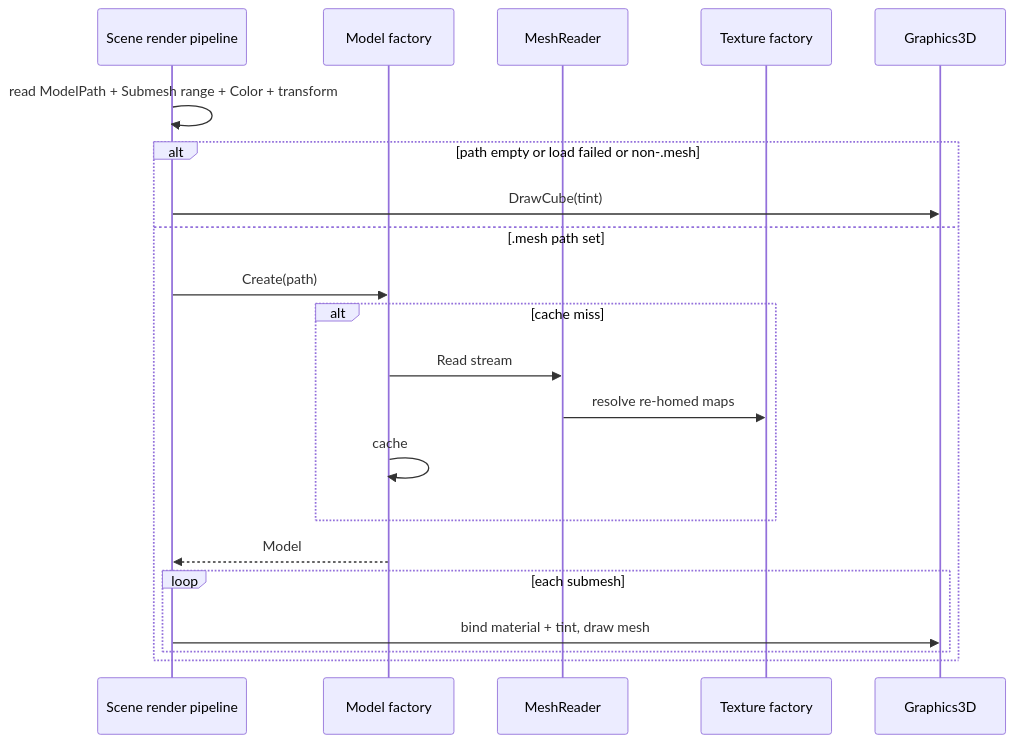
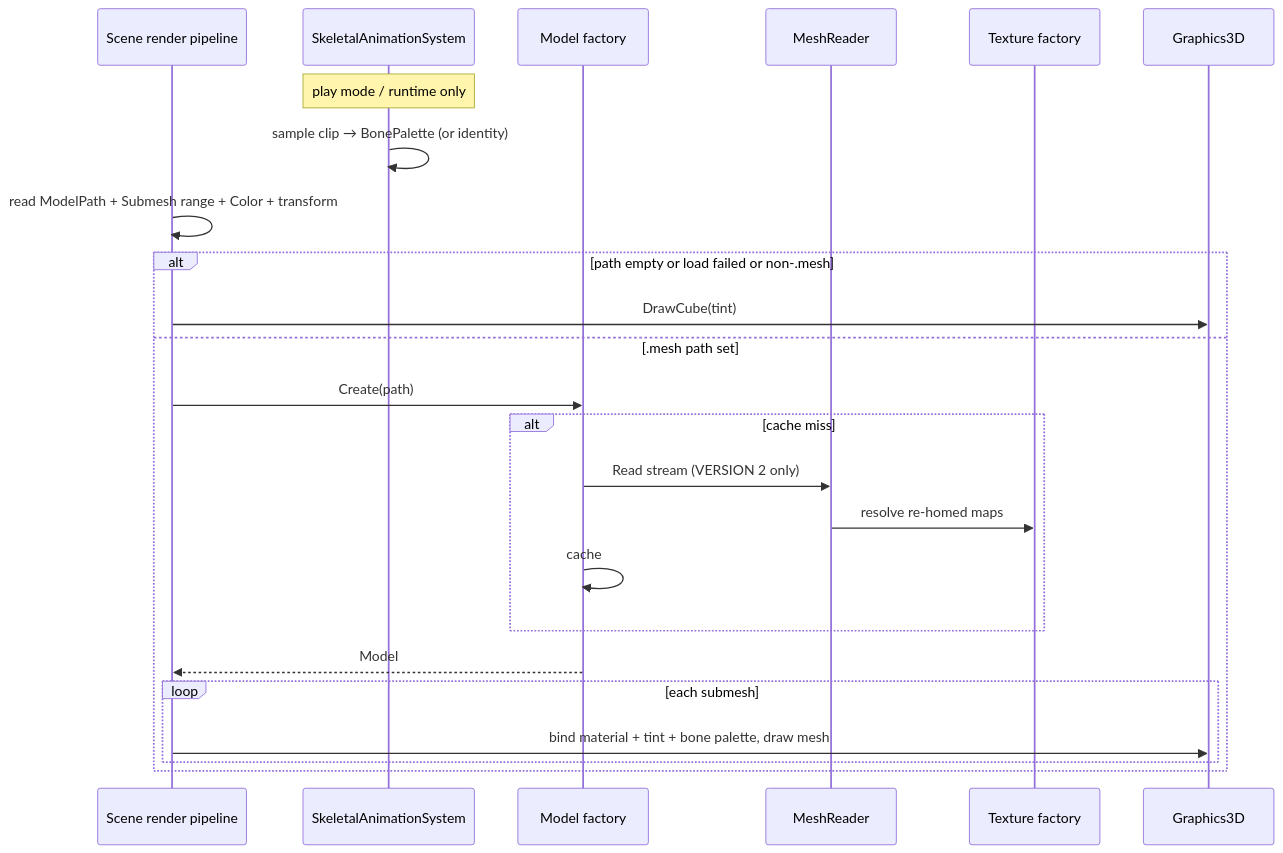
The second of 2 diagrams in docs/specs/3d-model-loading/developer-guide.md (kateusz/GameEngine), drawn with Mermaid before and after one commit. The commit also changed other lines of this file and 81 other files, not shown here.

````diff
--- a/docs/specs/3d-model-loading/developer-guide.md
+++ b/docs/specs/3d-model-loading/developer-guide.md
@@ -154,24 +201,28 @@
 ```mermaid
 sequenceDiagram
   participant Pipeline as Scene render pipeline
+  participant Pose as SkeletalAnimationSystem
   participant Factory as Model factory
   participant Reader as MeshReader
   participant Tex as Texture factory
   participant G3D as Graphics3D
+
+  Note over Pose: play mode / runtime only
+  Pose->>Pose: sample clip → BonePalette (or identity)
 
   Pipeline->>Pipeline: read ModelPath + Submesh range + Color + transform
   alt path empty or load failed or non-.mesh
     Pipeline->>G3D: DrawCube(tint)
   else .mesh path set
     Pipeline->>Factory: Create(path)
     alt cache miss
-      Factory->>Reader: Read stream
+      Factory->>Reader: Read stream (VERSION 2 only)
       Reader->>Tex: resolve re-homed maps
       Factory->>Factory: cache
     end
     Factory-->>Pipeline: Model
     loop each submesh
-      Pipeline->>G3D: bind material + tint, draw mesh
+      Pipeline->>G3D: bind material + tint + bone palette, draw mesh
     end
   end
 ```
````
